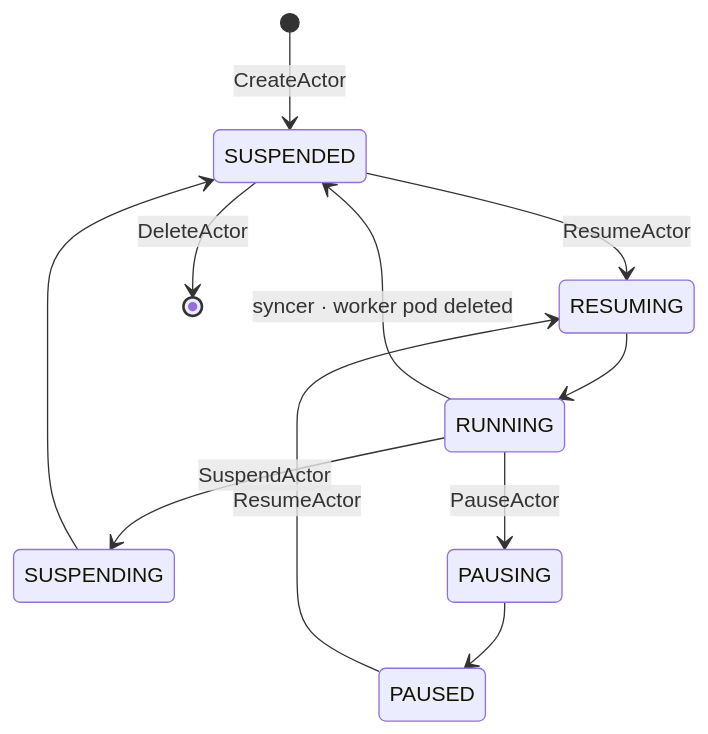
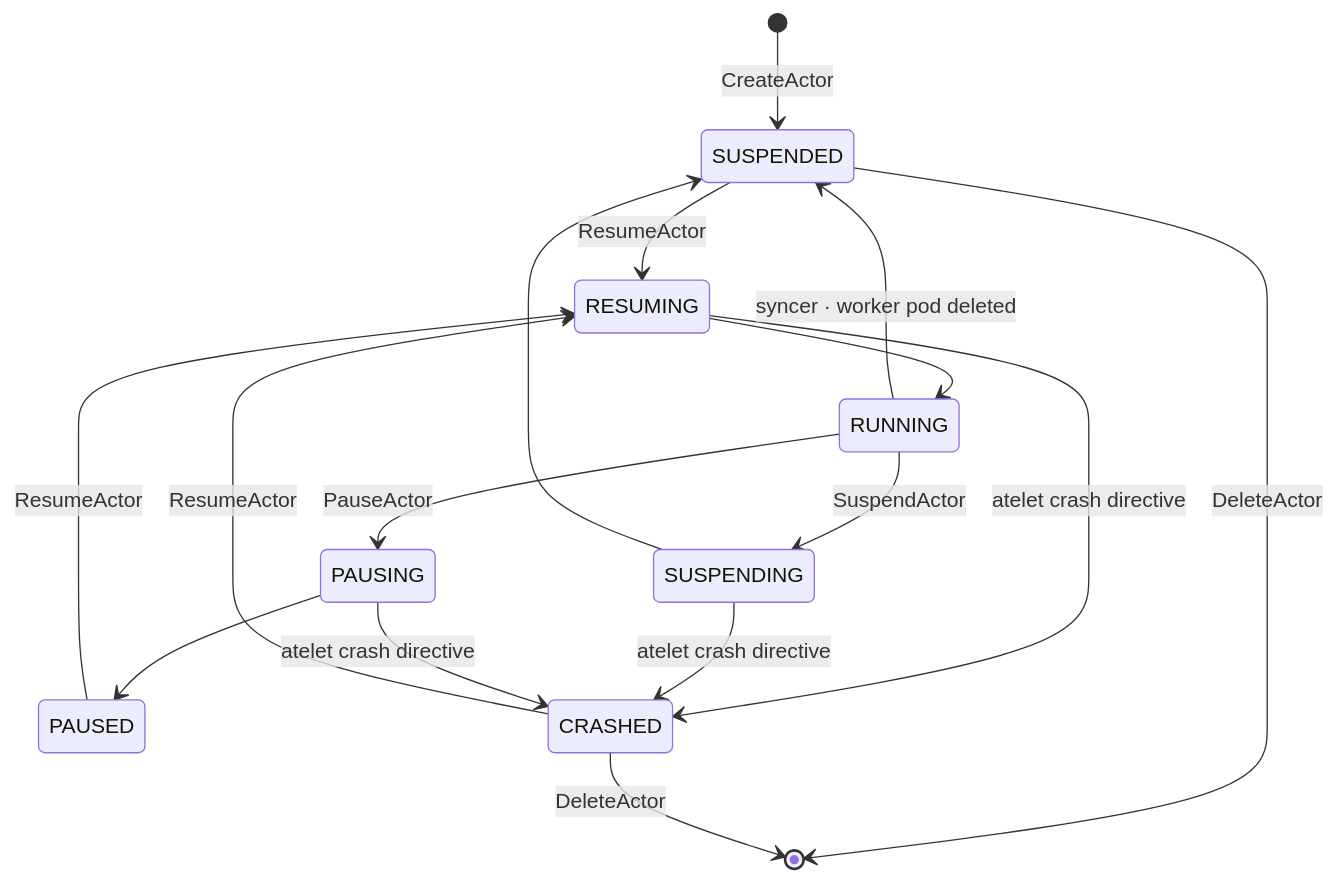
The diagram in docs/valkey/lifecycle.md (MushuEE/substrate), drawn with Mermaid before and after one commit. The commit also changed other lines of this file and 4 other files, not shown here.

````diff
--- a/docs/valkey/lifecycle.md
+++ b/docs/valkey/lifecycle.md
@@ -10,19 +10,25 @@
 ```mermaid
 stateDiagram-v2
   [*] --> SUSPENDED: CreateActor
 
   SUSPENDED --> RESUMING: ResumeActor
   RESUMING  --> RUNNING
 
   RUNNING --> SUSPENDING: SuspendActor
   SUSPENDING --> SUSPENDED
 
   RUNNING --> PAUSING: PauseActor
   PAUSING --> PAUSED
 
   PAUSED --> RESUMING: ResumeActor
 
   RUNNING --> SUSPENDED: syncer · worker pod deleted
 
+  RESUMING   --> CRASHED: atelet crash directive
+  SUSPENDING --> CRASHED: atelet crash directive
+  PAUSING    --> CRASHED: atelet crash directive
+  CRASHED    --> RESUMING: ResumeActor
+
   SUSPENDED --> [*]: DeleteActor
+  CRASHED   --> [*]: DeleteActor
 ```
````
